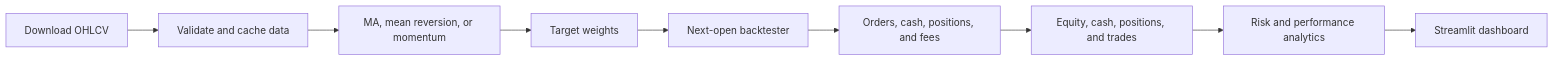
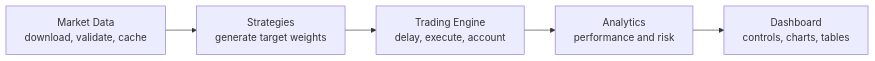
One commit to samanyuahuja/SamQuant changed the diagram in README.md. Above: the diagram before and after it, drawn with Mermaid. The commit also changed other lines of this file and 28 other files, not shown here.

````diff
--- a/README.md
+++ b/README.md
@@ -140,11 +31,7 @@
 ```mermaid
 flowchart LR
-    A[Download OHLCV] --> B[Validate and cache data]
-    B --> C[MA, mean reversion, or momentum]
-    C --> D[Target weights]
-    D --> E[Next-open backtester]
-    E --> F[Orders, cash, positions, and fees]
-    F --> G[Equity, cash, positions, and trades]
-    G --> H[Risk and performance analytics]
-    H --> I[Streamlit dashboard]
+    A["Market Data<br/>download, validate, cache"] --> B["Strategies<br/>generate target weights"]
+    B --> C["Trading Engine<br/>delay, execute, account"]
+    C --> D["Analytics<br/>performance and risk"]
+    D --> E["Dashboard<br/>controls, charts, tables"]
 ```
````
